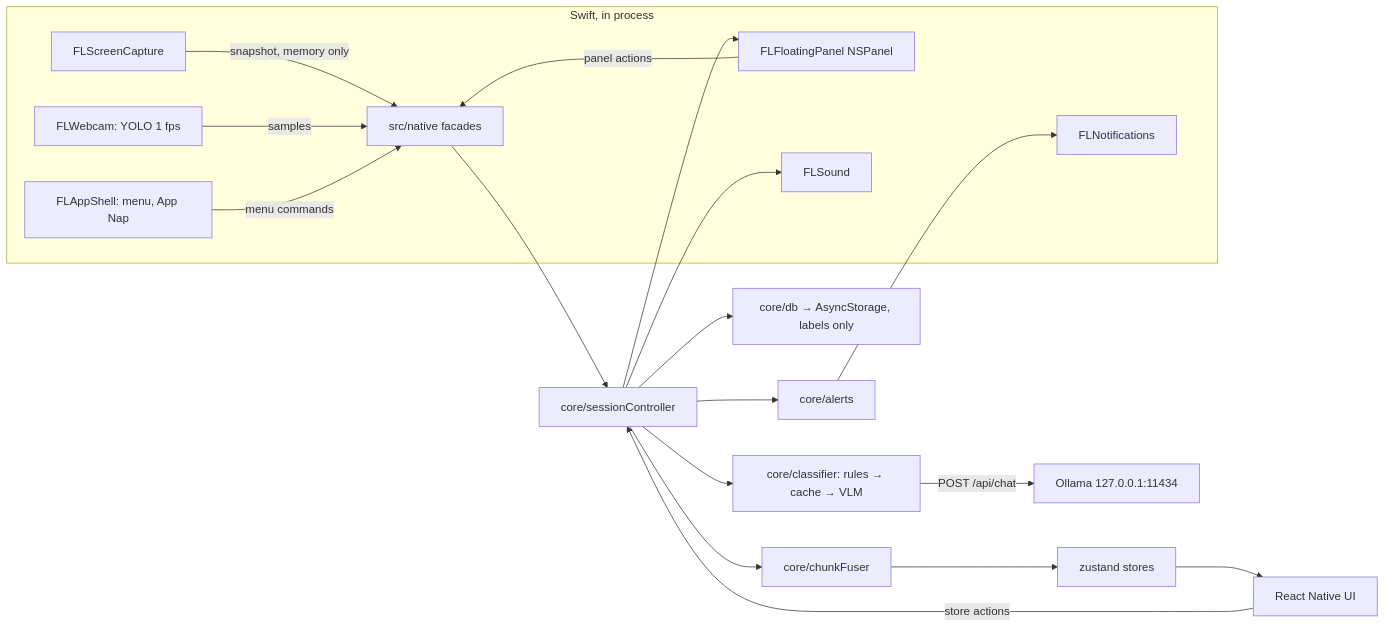
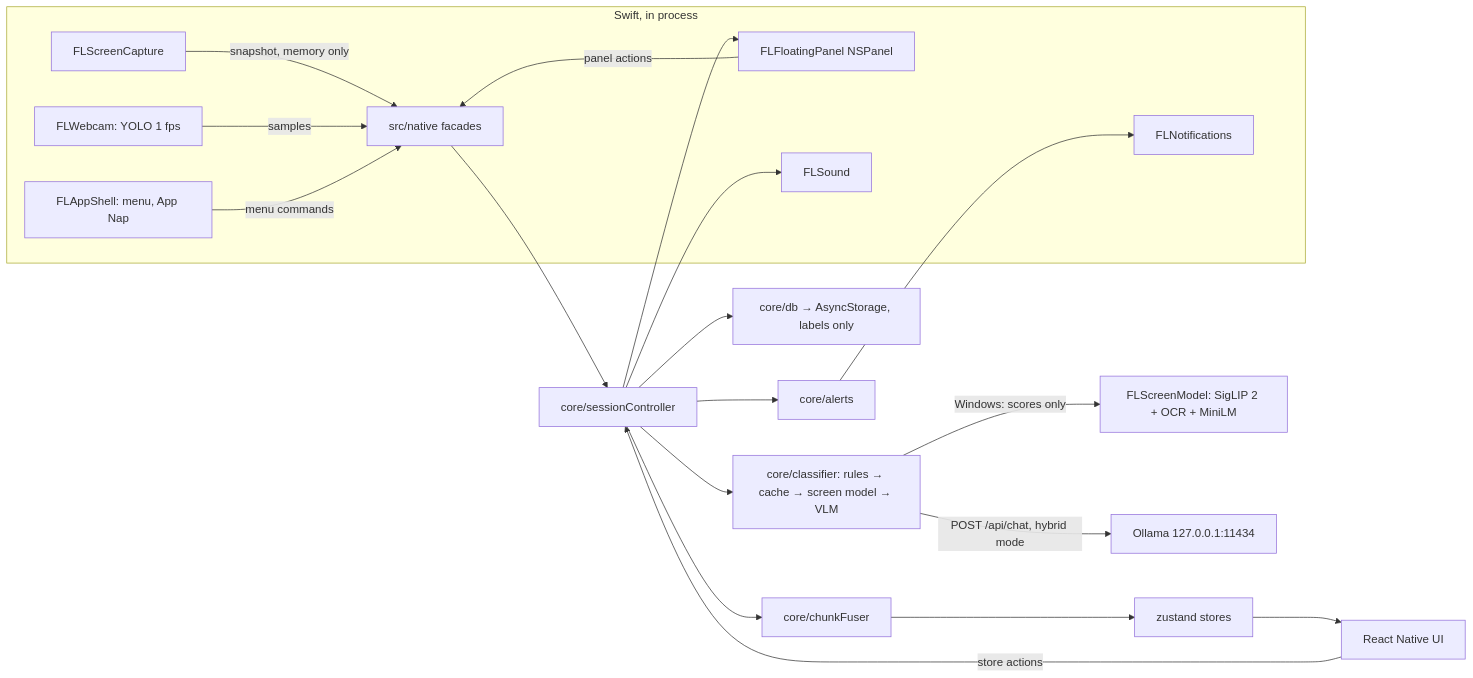
The diagram in README.md (AlperErg/larpless), drawn with Mermaid before and after one commit. The commit also changed other lines of this file and 14 other files, not shown here.

First line of the commit message:
feat(windows): choose hybrid or on-device-only screen checks in Settings

````diff
--- a/README.md
+++ b/README.md
@@ -39,21 +39,22 @@
 ```mermaid
 flowchart LR
   subgraph swift [Swift, in process]
     SC[FLScreenCapture] -->|snapshot, memory only| F
     WC[FLWebcam: YOLO 1 fps] -->|samples| F
     PN[FLFloatingPanel NSPanel] -->|panel actions| F
     AS[FLAppShell: menu, App Nap] -->|menu commands| F
     NT[FLNotifications]
     SD[FLSound]
   end
   F[src/native facades] --> CTRL[core/sessionController]
-  CTRL --> CLS[core/classifier: rules → cache → VLM]
-  CLS -->|POST /api/chat| OL[Ollama 127.0.0.1:11434]
+  CTRL --> CLS[core/classifier: rules → cache → screen model → VLM]
+  CLS -->|Windows: scores only| SM[FLScreenModel: SigLIP 2 + OCR + MiniLM]
+  CLS -->|POST /api/chat, hybrid mode| OL[Ollama 127.0.0.1:11434]
   CTRL --> FU[core/chunkFuser] --> ST[zustand stores]
   CTRL --> AL[core/alerts] --> NT
   CTRL --> PN
   CTRL --> SD
   CTRL --> DB[core/db → AsyncStorage, labels only]
   ST --> UI[React Native UI]
   UI -->|store actions| CTRL
 ```
````
